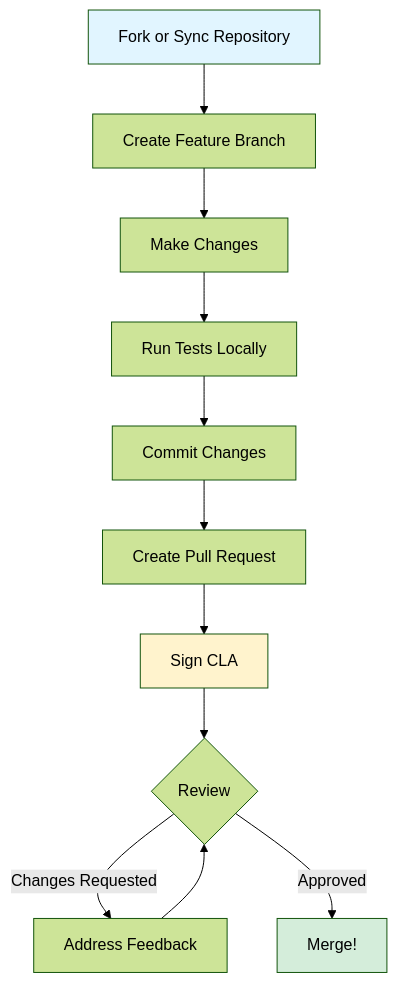
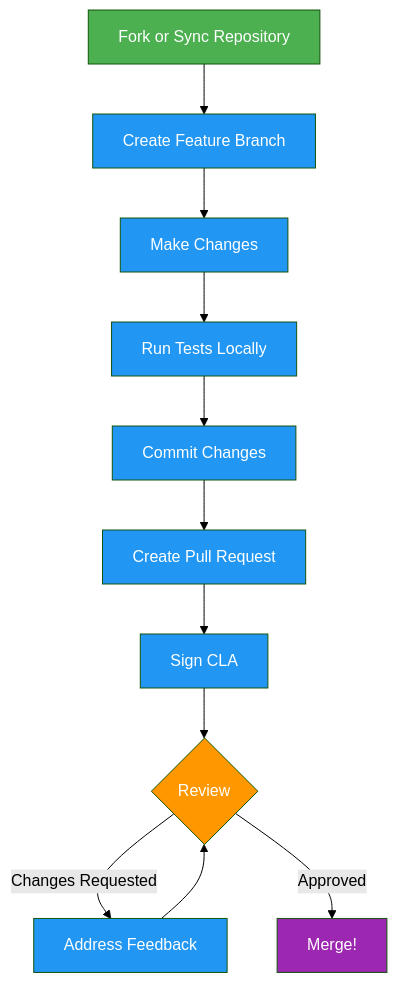
Before and after one commit to ultralytics/handbook: the diagram in docs/en/workflows/development.md, drawn with Mermaid (forest theme). The commit also changed 16 other files, not shown here.

Commit message:
Standardize Mermaid diagram colors (#302)

````diff
--- a/docs/en/workflows/development.md
+++ b/docs/en/workflows/development.md
@@ -40,17 +40,18 @@
 ```mermaid
 flowchart TD
-    A[Fork or Sync Repository] --> B[Create Feature Branch]
-    B --> C[Make Changes]
-    C --> D[Run Tests Locally]
-    D --> E[Commit Changes]
-    E --> F[Create Pull Request]
-    F --> G[Sign CLA]
-    G --> H{Review}
-    H -->|Changes Requested| I[Address Feedback]
+    A[Fork or Sync Repository]:::start --> B[Create Feature Branch]:::proc
+    B --> C[Make Changes]:::proc
+    C --> D[Run Tests Locally]:::proc
+    D --> E[Commit Changes]:::proc
+    E --> F[Create Pull Request]:::proc
+    F --> G[Sign CLA]:::proc
+    G --> H{Review}:::decide
+    H -->|Changes Requested| I[Address Feedback]:::proc
     I --> H
-    H -->|Approved| J[Merge!]
+    H -->|Approved| J[Merge!]:::out
 
-    style A fill:#e1f5ff
-    style J fill:#d4edda
-    style G fill:#fff3cd
+    classDef start fill:#4CAF50,color:#fff
+    classDef proc fill:#2196F3,color:#fff
+    classDef decide fill:#FF9800,color:#fff
+    classDef out fill:#9C27B0,color:#fff
 ```
````
